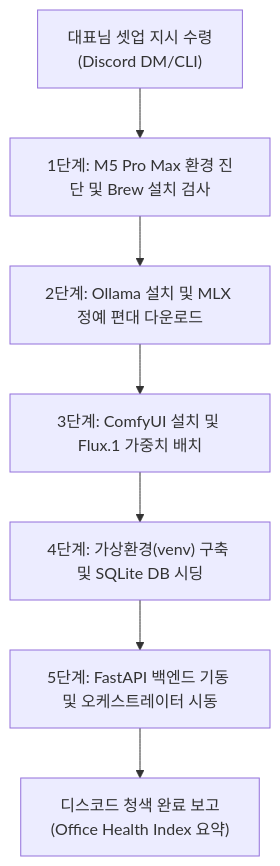
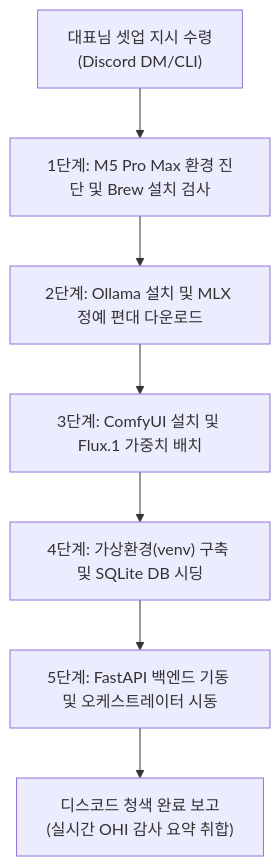
Before and after one commit to ChungRyong/Team-203: the diagram in PM_AGENT_INFRA_PROVISIONING_GUIDE.md, drawn with Mermaid. The commit also changed other lines of this file, not shown here.

````diff
--- a/PM_AGENT_INFRA_PROVISIONING_GUIDE.md
+++ b/PM_AGENT_INFRA_PROVISIONING_GUIDE.md
@@ -13,9 +13,9 @@
 ```mermaid
 graph TD
     Start["대표님 셋업 지시 수령<br>(Discord DM/CLI)"] --> Step1["1단계: M5 Pro Max 환경 진단 및 Brew 설치 검사"]
     Step1 --> Step2["2단계: Ollama 설치 및 MLX 정예 편대 다운로드"]
     Step2 --> Step3["3단계: ComfyUI 설치 및 Flux.1 가중치 배치"]
     Step3 --> Step4["4단계: 가상환경(venv) 구축 및 SQLite DB 시딩"]
     Step4 --> Step5["5단계: FastAPI 백엔드 기동 및 오케스트레이터 시동"]
-    Step5 --> End["디스코드 청색 완료 보고<br>(Office Health Index 요약)"]
+    Step5 --> End["디스코드 청색 완료 보고<br>(실시간 OHI 감사 요약 취합)"]
 ```
````
